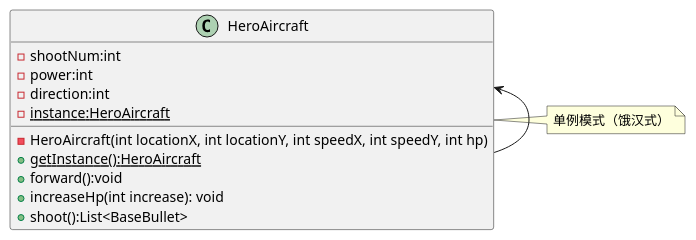
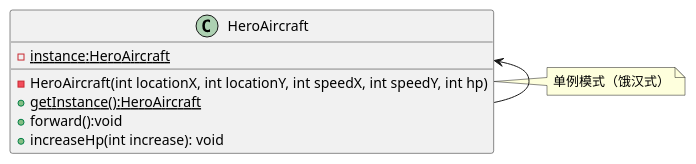
Before and after one commit to Elliot-04/AircraftWar: the diagram in uml/HeroAircraft.puml, drawn with PlantUML. The commit also changed 24 other files, not shown here.

```diff
--- a/uml/HeroAircraft.puml
+++ b/uml/HeroAircraft.puml
@@ -1,20 +1,16 @@
 @startuml
 'https://plantuml.com/class-diagram
 
 class HeroAircraft {
-    - shootNum:int
-    - power:int
-    - direction:int
     - {static} instance:HeroAircraft
     - HeroAircraft(int locationX, int locationY, int speedX, int speedY, int hp)
     + {static} getInstance():HeroAircraft
     + forward():void
     + increaseHp(int increase): void
-    + shoot():List<BaseBullet>
 }
 note right: 单例模式（饿汉式）
 
 HeroAircraft <-- HeroAircraft
 
 
 @enduml
```
